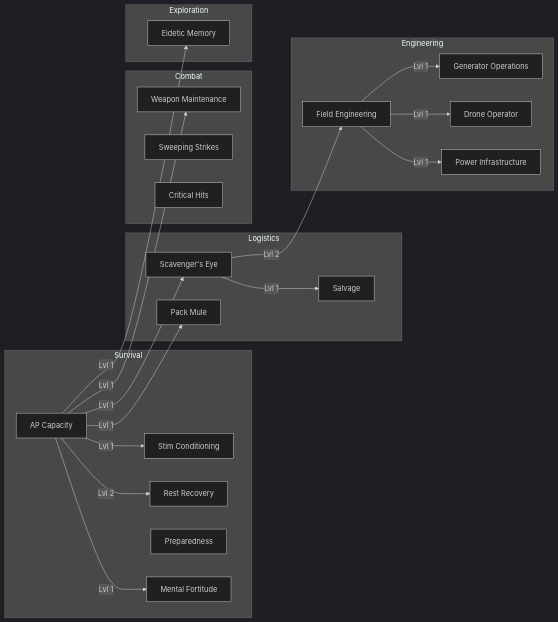
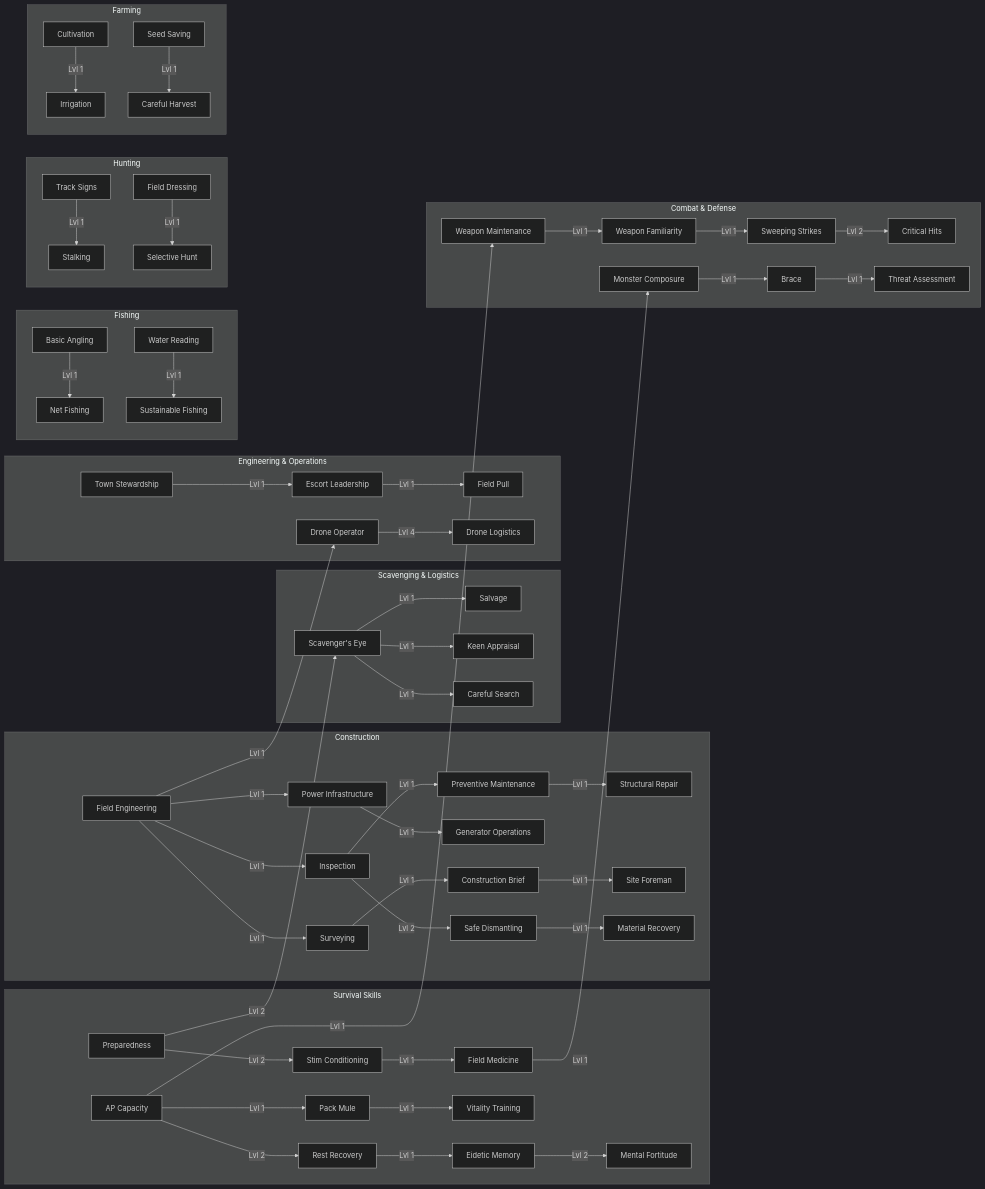
One commit to 2phost/hex-survival-wiki changed the diagram in content/Skills/index.md. Above: the diagram before and after it, drawn with Mermaid (dark theme). The commit also changed other lines of this file, not shown here.

Commit message:
skills index

````diff
--- a/content/Skills/index.md
+++ b/content/Skills/index.md
@@ -10,65 +10,155 @@
 ```mermaid
 graph LR
- subgraph S[Survival]
-  AP[AP Capacity]
-  SC[Stim Conditioning]
-  RR[Rest Recovery]
-  PR[Preparedness]
-  MF[Mental Fortitude]
+ subgraph general[Survival Skills]
+  ap_capacity["AP Capacity"]
+  rest_recovery["Rest Recovery"]
+  preparedness["Preparedness"]
+  inventory_capacity["Pack Mule"]
+  mental_fortitude["Mental Fortitude"]
+  stim_usage["Stim Conditioning"]
+  field_medicine["Field Medicine"]
+  vitality_training["Vitality Training"]
+  eidetic_memory["Eidetic Memory"]
+ end
+ subgraph scavenging[Scavenging & Logistics]
+  scavenger_eye["Scavenger's Eye"]
+  salvage["Salvage"]
+  keen_appraisal["Keen Appraisal"]
+  careful_search["Careful Search"]
+ end
+ subgraph town_management[Engineering & Operations]
+  field_pull["Field Pull"]
+  town_stewardship["Town Stewardship"]
+  escort_leadership["Escort Leadership"]
+  drone_operator["Drone Operator"]
+  drone_logistics["Drone Logistics"]
+ end
+ subgraph construction[Construction]
+  construction_brief["Construction Brief"]
+  field_engineering["Field Engineering"]
+  generator_operations["Generator Operations"]
+  power_infrastructure["Power Infrastructure"]
+  inspection["Inspection"]
+  structural_repair["Structural Repair"]
+  safe_dismantling["Safe Dismantling"]
+  surveying["Surveying"]
+  site_foreman["Site Foreman"]
+  preventive_maintenance["Preventive Maintenance"]
+  material_recovery["Material Recovery"]
+ end
+ subgraph fighting[Combat & Defense]
+  monster_composure["Monster Composure"]
+  weapon_maintenance["Weapon Maintenance"]
+  sweeping_strikes["Sweeping Strikes"]
+  critical_hits["Critical Hits"]
+  weapon_familiarity["Weapon Familiarity"]
+  brace["Brace"]
+  threat_assessment["Threat Assessment"]
+ end
+ subgraph fishing[Fishing]
+  basic_angling["Basic Angling"]
+  net_fishing["Net Fishing"]
+  water_reading["Water Reading"]
+  sustainable_fishing["Sustainable Fishing"]
+ end
+ subgraph hunting[Hunting]
+  track_signs["Track Signs"]
+  stalking["Stalking"]
+  field_dressing["Field Dressing"]
+  selective_hunt["Selective Hunt"]
+ end
+ subgraph farming[Farming]
+  cultivation["Cultivation"]
+  irrigation["Irrigation"]
+  seed_saving["Seed Saving"]
+  careful_harvest["Careful Harvest"]
  end
 
- subgraph L[Logistics]
-  SE[Scavenger's Eye]
-  PM[Pack Mule]
-  SL[Salvage]
- end
+ ap_capacity -->|Lvl 2| rest_recovery
+ preparedness -->|Lvl 2| scavenger_eye
+ ap_capacity -->|Lvl 1| inventory_capacity
+ escort_leadership -->|Lvl 1| field_pull
+ surveying -->|Lvl 1| construction_brief
+ eidetic_memory -->|Lvl 2| mental_fortitude
+ town_stewardship -->|Lvl 1| escort_leadership
+ power_infrastructure -->|Lvl 1| generator_operations
+ preparedness -->|Lvl 2| stim_usage
+ stim_usage -->|Lvl 1| field_medicine
+ inventory_capacity -->|Lvl 1| vitality_training
+ field_medicine -->|Lvl 1| monster_composure
+ scavenger_eye -->|Lvl 1| salvage
+ field_engineering -->|Lvl 1| drone_operator
+ drone_operator -->|Lvl 4| drone_logistics
+ field_engineering -->|Lvl 1| power_infrastructure
+ ap_capacity -->|Lvl 1| weapon_maintenance
+ weapon_familiarity -->|Lvl 1| sweeping_strikes
+ sweeping_strikes -->|Lvl 2| critical_hits
+ rest_recovery -->|Lvl 1| eidetic_memory
+ weapon_maintenance -->|Lvl 1| weapon_familiarity
+ monster_composure -->|Lvl 1| brace
+ scavenger_eye -->|Lvl 1| keen_appraisal
+ field_engineering -->|Lvl 1| inspection
+ preventive_maintenance -->|Lvl 1| structural_repair
+ inspection -->|Lvl 2| safe_dismantling
+ brace -->|Lvl 1| threat_assessment
+ scavenger_eye -->|Lvl 1| careful_search
+ field_engineering -->|Lvl 1| surveying
+ construction_brief -->|Lvl 1| site_foreman
+ inspection -->|Lvl 1| preventive_maintenance
+ safe_dismantling -->|Lvl 1| material_recovery
+ cultivation -->|Lvl 1| irrigation
+ seed_saving -->|Lvl 1| careful_harvest
+ basic_angling -->|Lvl 1| net_fishing
+ water_reading -->|Lvl 1| sustainable_fishing
+ track_signs -->|Lvl 1| stalking
+ field_dressing -->|Lvl 1| selective_hunt
 
- subgraph C[Combat]
-  WM[Weapon Maintenance]
-  SS[Sweeping Strikes]
-  CH[Critical Hits]
- end
-
- subgraph E[Engineering]
-  FE[Field Engineering]
-  GO[Generator Operations]
-  DO[Drone Operator]
-  PI[Power Infrastructure]
- end
-
- subgraph EX[Exploration]
-  EI[Eidetic Memory]
- end
-
- AP -->|Lvl 1| SE
- AP -->|Lvl 1| PM
- AP -->|Lvl 1| SC
- AP -->|Lvl 1| WM
- AP -->|Lvl 1| EI
- AP -->|Lvl 1| MF
- AP -->|Lvl 2| RR
- 
- SE -->|Lvl 1| SL
- SE -->|Lvl 2| FE
- 
- FE -->|Lvl 1| GO
- FE -->|Lvl 1| DO
- FE -->|Lvl 1| PI
-
- click AP "/Skills/ap_capacity"
- click RR "/Skills/rest_recovery"
- click SC "/Skills/stim_conditioning"
- click PR "/Skills/preparedness"
- click MF "/Skills/mental_fortitude"
- click SE "/Skills/scavenger_eye"
- click PM "/Skills/pack_mule"
- click SL "/Skills/salvage"
- click FE "/Skills/field_engineering"
- click GO "/Skills/generator_operations"
- click DO "/Skills/drone_operator"
- click PI "/Skills/power_infrastructure"
- click EI "/Skills/eidetic_memory"
- click WM "/Skills/weapon_maintenance"
- click SS "/Skills/sweeping_strikes"
- click CH "/Skills/critical_hits"
+ click ap_capacity "/Skills/ap_capacity"
+ click rest_recovery "/Skills/rest_recovery"
+ click preparedness "/Skills/preparedness"
+ click scavenger_eye "/Skills/scavenger_eye"
+ click inventory_capacity "/Skills/pack_mule"
+ click field_pull "/Skills/field_pull"
+ click construction_brief "/Skills/construction_brief"
+ click mental_fortitude "/Skills/mental_fortitude"
+ click field_engineering "/Skills/field_engineering"
+ click town_stewardship "/Skills/town_stewardship"
+ click escort_leadership "/Skills/escort_leadership"
+ click generator_operations "/Skills/generator_operations"
+ click stim_usage "/Skills/stim_conditioning"
+ click field_medicine "/Skills/field_medicine"
+ click vitality_training "/Skills/vitality_training"
+ click monster_composure "/Skills/monster_composure"
+ click salvage "/Skills/salvage"
+ click drone_operator "/Skills/drone_operator"
+ click drone_logistics "/Skills/drone_logistics"
+ click power_infrastructure "/Skills/power_infrastructure"
+ click weapon_maintenance "/Skills/weapon_maintenance"
+ click sweeping_strikes "/Skills/sweeping_strikes"
+ click critical_hits "/Skills/critical_hits"
+ click eidetic_memory "/Skills/eidetic_memory"
+ click weapon_familiarity "/Skills/weapon_familiarity"
+ click brace "/Skills/brace"
+ click keen_appraisal "/Skills/keen_appraisal"
+ click inspection "/Skills/inspection"
+ click basic_angling "/Skills/basic_angling"
+ click track_signs "/Skills/track_signs"
+ click cultivation "/Skills/cultivation"
+ click structural_repair "/Skills/structural_repair"
+ click safe_dismantling "/Skills/safe_dismantling"
+ click threat_assessment "/Skills/threat_assessment"
+ click careful_search "/Skills/careful_search"
+ click surveying "/Skills/surveying"
+ click site_foreman "/Skills/site_foreman"
+ click preventive_maintenance "/Skills/preventive_maintenance"
+ click material_recovery "/Skills/material_recovery"
+ click irrigation "/Skills/irrigation"
+ click seed_saving "/Skills/seed_saving"
+ click careful_harvest "/Skills/careful_harvest"
+ click net_fishing "/Skills/net_fishing"
+ click water_reading "/Skills/water_reading"
+ click sustainable_fishing "/Skills/sustainable_fishing"
+ click stalking "/Skills/stalking"
+ click field_dressing "/Skills/field_dressing"
+ click selective_hunt "/Skills/selective_hunt"
 ```
````
